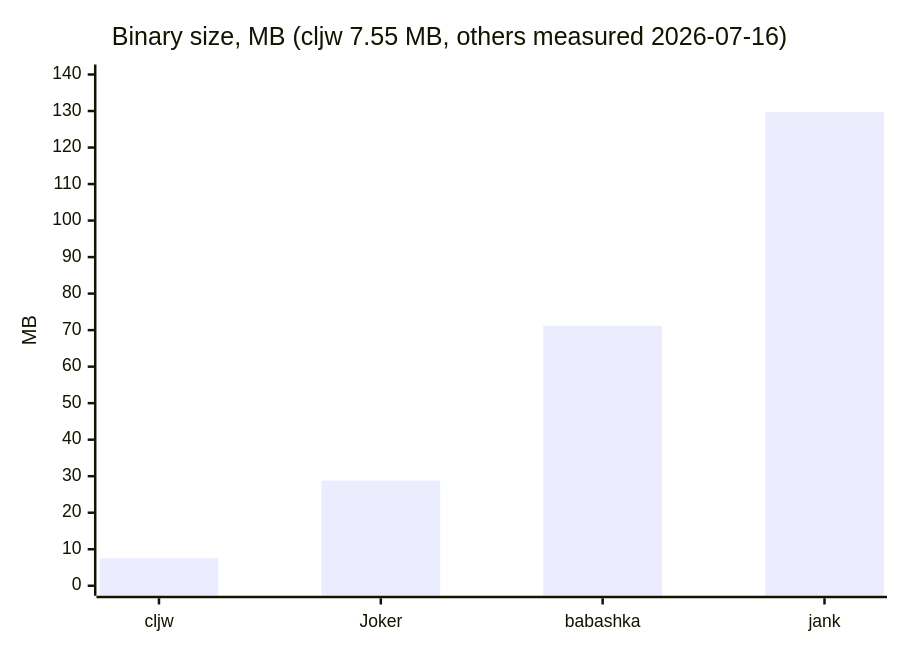
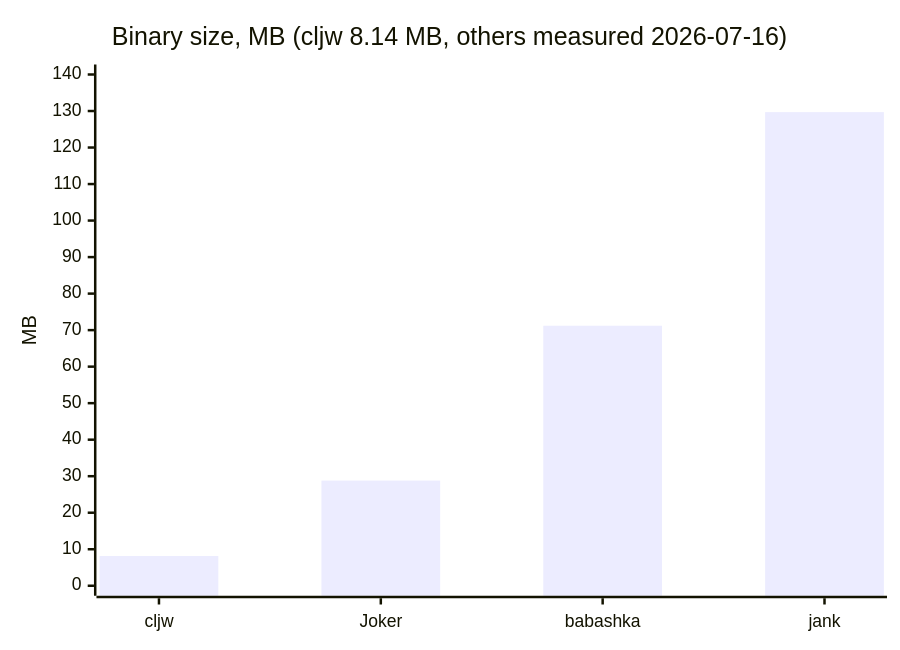
The third of 4 diagrams in README.md (BuddhiLW/ClojureWasm), drawn with Mermaid before and after one commit. The commit also changed other lines of this file and 7 other files, not shown here.

````diff
--- a/README.md
+++ b/README.md
@@ -175,7 +175,7 @@
 ```mermaid
 xychart-beta
-    title "Binary size, MB (cljw 7.55 MB, others measured 2026-07-16)"
+    title "Binary size, MB (cljw 8.14 MB, others measured 2026-07-16)"
     x-axis ["cljw", "Joker", "babashka", "jank"]
     y-axis "MB" 0 --> 140
-    bar [7.55, 28.8, 71.2, 129.7]
+    bar [8.14, 28.8, 71.2, 129.7]
 ```
````
